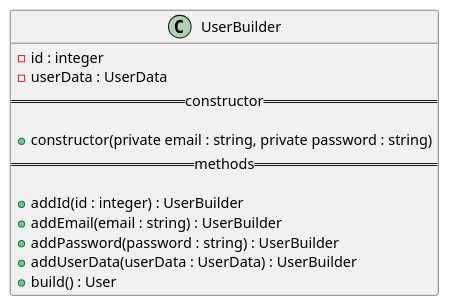
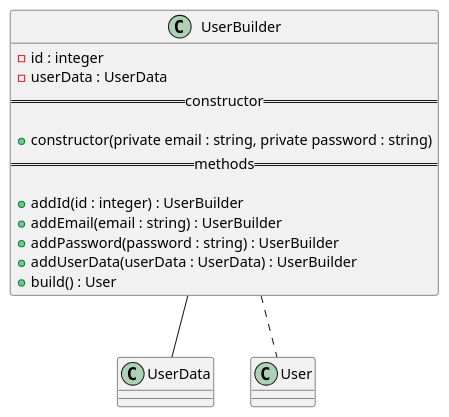
One commit to GruppOne/stalker-web-app changed the diagram in docs/diagrams/classes/User/UserBuilder.pu. Above: the diagram before and after it, drawn with PlantUML. The commit also changed 12 other files, not shown here.

Commit message:
feat: include all diagrams into class-diagram and design relations

```diff
--- a/docs/diagrams/classes/User/UserBuilder.pu
+++ b/docs/diagrams/classes/User/UserBuilder.pu
@@ -1,16 +1,19 @@
 @startuml UserBuilder Diagram
 class UserBuilder {
   - id : integer
   - userData : UserData
   == constructor ==
 
   + constructor(private email : string, private password : string)
   == methods ==
 
   + addId(id : integer) : UserBuilder
   + addEmail(email : string) : UserBuilder
   + addPassword(password : string) : UserBuilder
   + addUserData(userData : UserData) : UserBuilder
   + build() : User
 }
+
+UserBuilder -- UserData
+UserBuilder .. User
 @enduml
```
